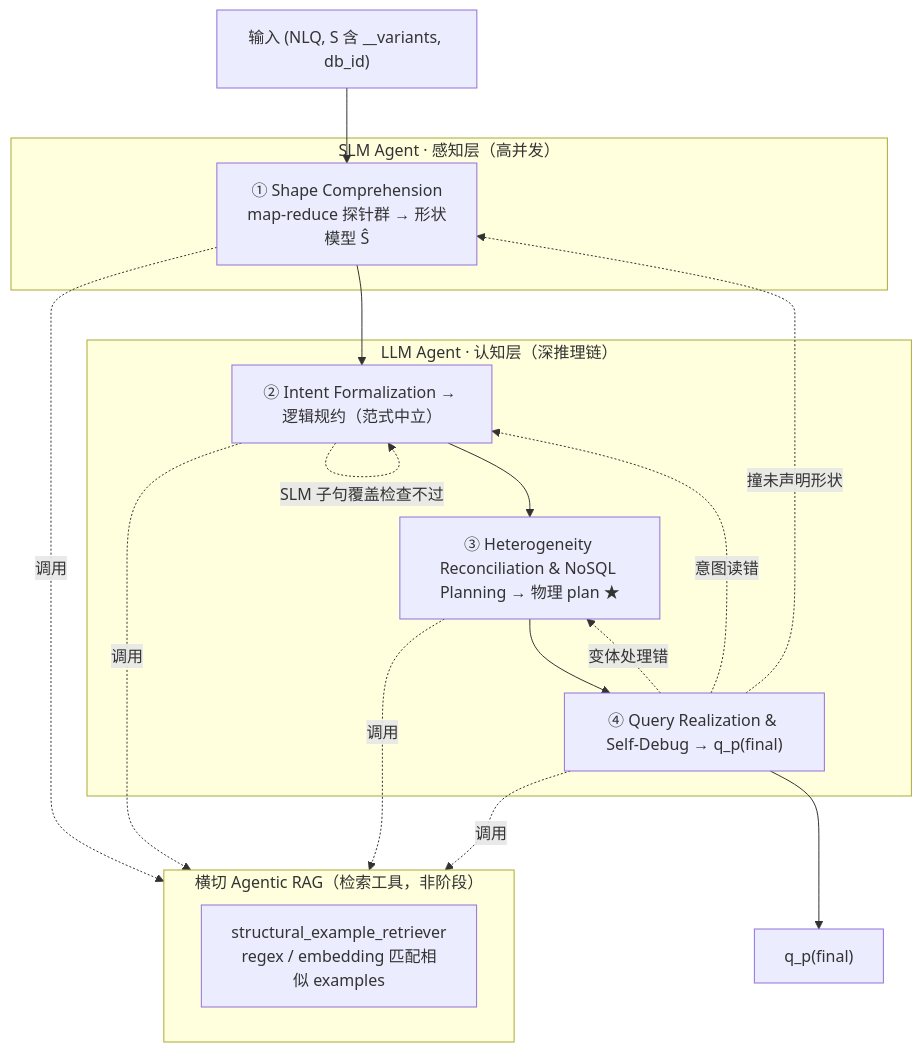
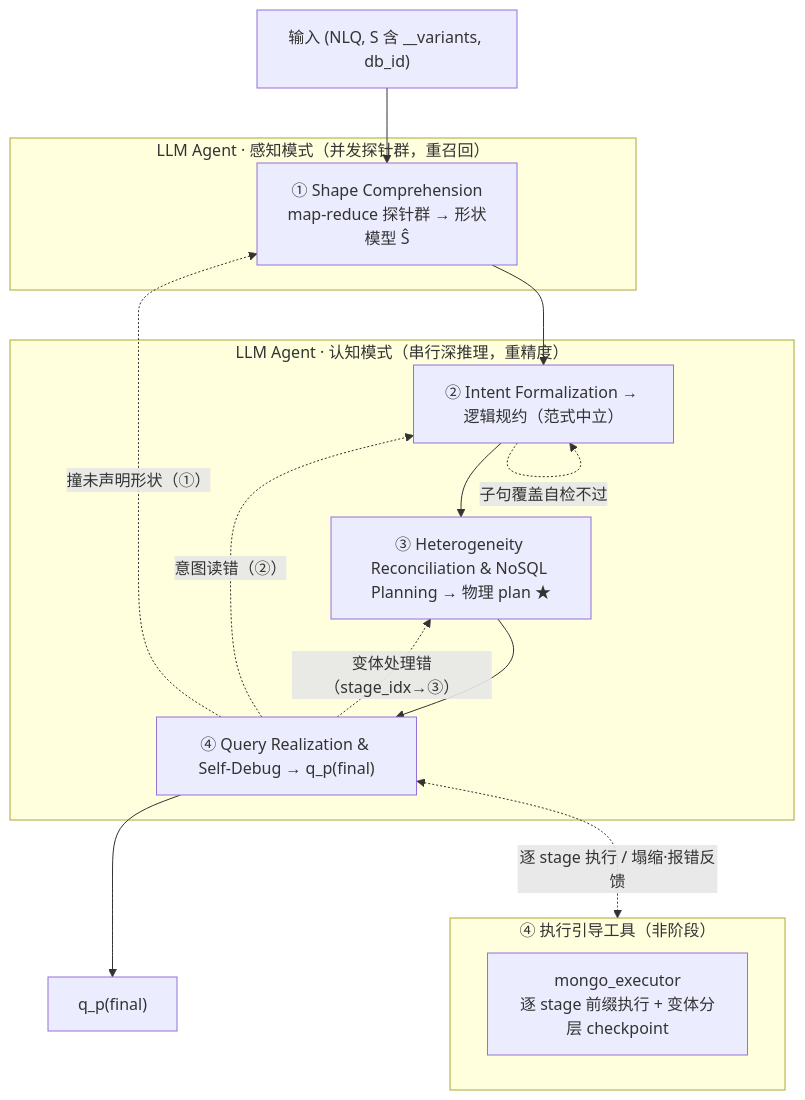
The diagram in proposals/06_solution_design.md (Jinwei-Lu/Text-to-NoSQL), drawn with Mermaid before and after one commit. The commit also changed other lines of this file and 62970 other files, not shown here.

````diff
--- a/proposals/06_solution_design.md
+++ b/proposals/06_solution_design.md
@@ -33,29 +33,26 @@
 ```mermaid
 flowchart TB
   input["输入 (NLQ, S 含 __variants, db_id)"]
 
-  subgraph slm["SLM Agent · 感知层（高并发）"]
+  subgraph perceive["LLM Agent · 感知模式（并发探针群，重召回）"]
     s1["① Shape Comprehension<br/>map-reduce 探针群 → 形状模型 Ŝ"]
   end
 
-  subgraph llm["LLM Agent · 认知层（深推理链）"]
+  subgraph cognize["LLM Agent · 认知模式（串行深推理，重精度）"]
     s2["② Intent Formalization → 逻辑规约（范式中立）"]
     s3["③ Heterogeneity Reconciliation & NoSQL Planning → 物理 plan ★"]
     s4["④ Query Realization & Self-Debug → q_p(final)"]
   end
 
-  subgraph rag["横切 Agentic RAG（检索工具，非阶段）"]
-    r1["structural_example_retriever<br/>regex / embedding 匹配相似 examples"]
+  subgraph exec["④ 执行引导工具（非阶段）"]
+    r1["mongo_executor<br/>逐 stage 前缀执行 + 变体分层 checkpoint"]
   end
 
   input --> s1 --> s2 --> s3 --> s4 --> out["q_p(final)"]
-  s4 -. "变体处理错" .-> s3
-  s4 -. "意图读错" .-> s2
-  s4 -. "撞未声明形状" .-> s1
-  s2 -. "SLM 子句覆盖检查不过" .-> s2
+  s4 -. "变体处理错（stage_idx→③）" .-> s3
+  s4 -. "意图读错（②）" .-> s2
+  s4 -. "撞未声明形状（①）" .-> s1
+  s2 -. "子句覆盖自检不过" .-> s2
 
-  s1 -. 调用 .-> rag
-  s2 -. 调用 .-> rag
-  s3 -. 调用 .-> rag
-  s4 -. 调用 .-> rag
+  s4 <-. "逐 stage 执行 / 塌缩·报错反馈" .-> exec
 ```
````
